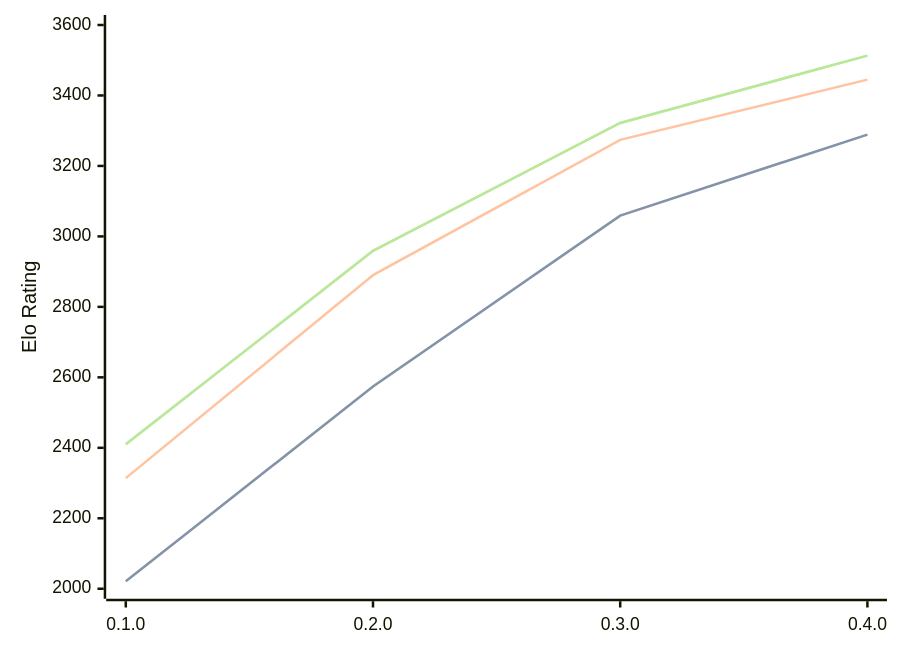
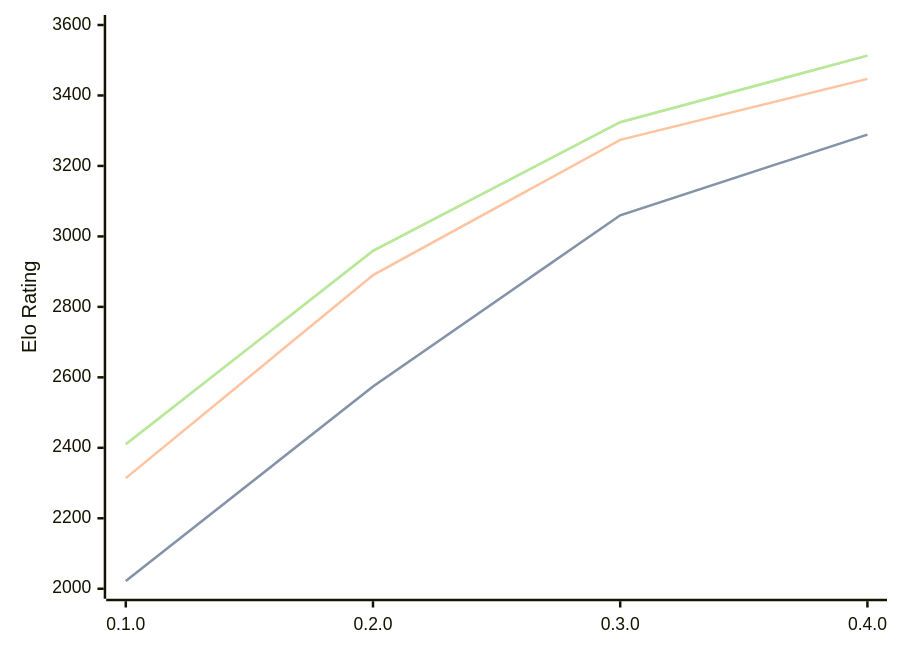
Before and after one commit to computer-chess-index/cci: the diagram in engines/Justbot.md, drawn with Mermaid. The commit also changed other lines of this file, not shown here.

Commit message:
Update CCI Ratings (ELO VLTC) - 2026-09-06

````diff
--- a/engines/Justbot.md
+++ b/engines/Justbot.md
@@ -34,11 +34,11 @@
 ```mermaid
 %%{init: {"theme":"base","themeVariables":{"seriesColors:['#a3a3a3','#222221','#faa371']}}}%%
 xychart-beta
   x-axis ["0.1.0", "0.2.0", "0.3.0", "0.4.0"]
   y-axis "Elo Rating" 2000 --> 3600
-  line "" [2021, 2574, 3059, 3289]
-  line "STC (8.0+0.08s)" [2021, 2574, 3059, 3289]
-  line "LTC (60.0+0.60s)" [2314, 2890, 3274, 3445]
-  line "" [2410, 2959, 3322, 3513]
-  line "VLTC (2m24s+1.12s)" [2410, 2959, 3322, 3513]
+  line "" [2022, 2574, 3060, 3289]
+  line "STC (8.0+0.08s)" [2022, 2574, 3060, 3289]
+  line "LTC (60.0+0.60s)" [2314, 2890, 3274, 3447]
+  line "" [2410, 2959, 3324, 3513]
+  line "VLTC (2m24s+1.12s)" [2410, 2959, 3324, 3513]
 ```
````
